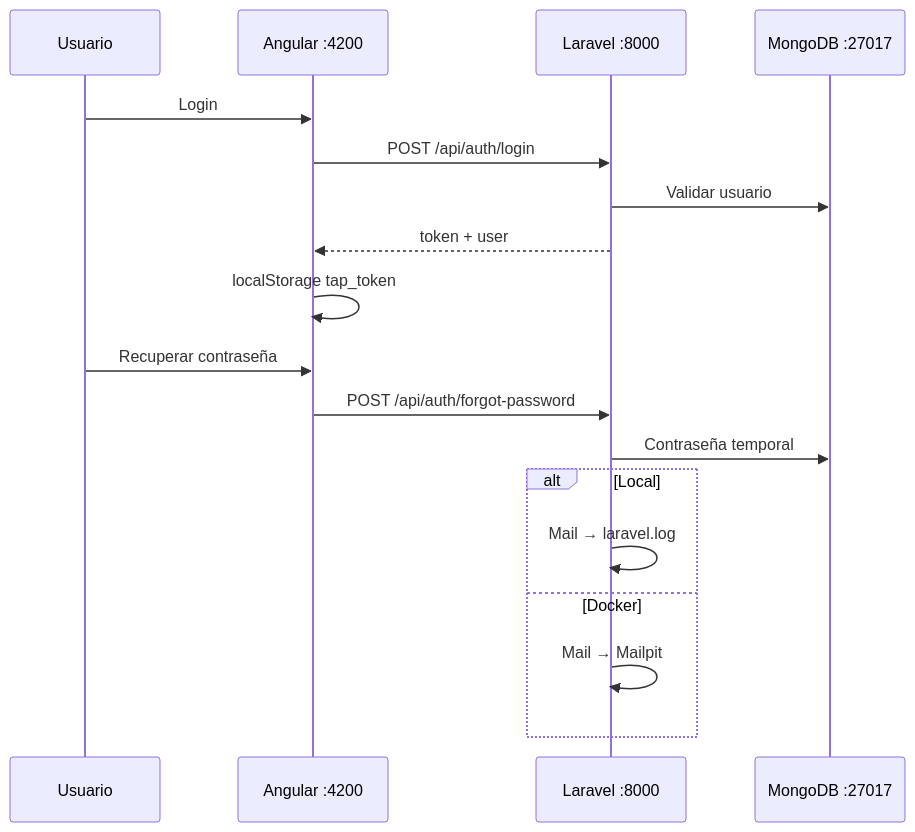
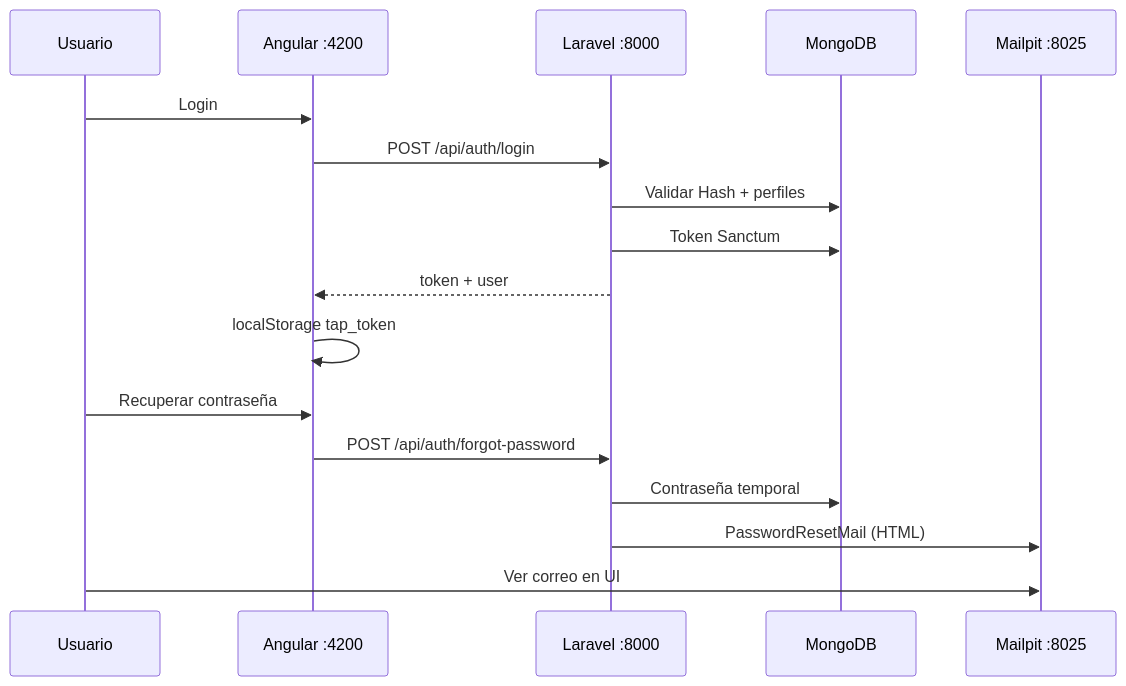
One commit to Migue716/Examen-Tap-Terminal changed the fifth of 6 diagrams in ARCHITECTURE.md. Above: the diagram before and after it, drawn with Mermaid. The commit also changed other lines of this file and 2 other files, not shown here.

````diff
--- a/ARCHITECTURE.md
+++ b/ARCHITECTURE.md
@@ -127,22 +159,21 @@
 ```mermaid
 sequenceDiagram
     participant U as Usuario
     participant A as Angular :4200
     participant L as Laravel :8000
-    participant M as MongoDB :27017
+    participant M as MongoDB
+    participant P as Mailpit :8025
 
     U->>A: Login
     A->>L: POST /api/auth/login
-    L->>M: Validar usuario
+    L->>M: Validar Hash + perfiles
+    L->>M: Token Sanctum
     L-->>A: token + user
     A->>A: localStorage tap_token
 
     U->>A: Recuperar contraseña
     A->>L: POST /api/auth/forgot-password
     L->>M: Contraseña temporal
-    alt Local
-        L->>L: Mail → laravel.log
-    else Docker
-        L->>L: Mail → Mailpit
-    end
+    L->>P: PasswordResetMail (HTML)
+    U->>P: Ver correo en UI
 ```
````
